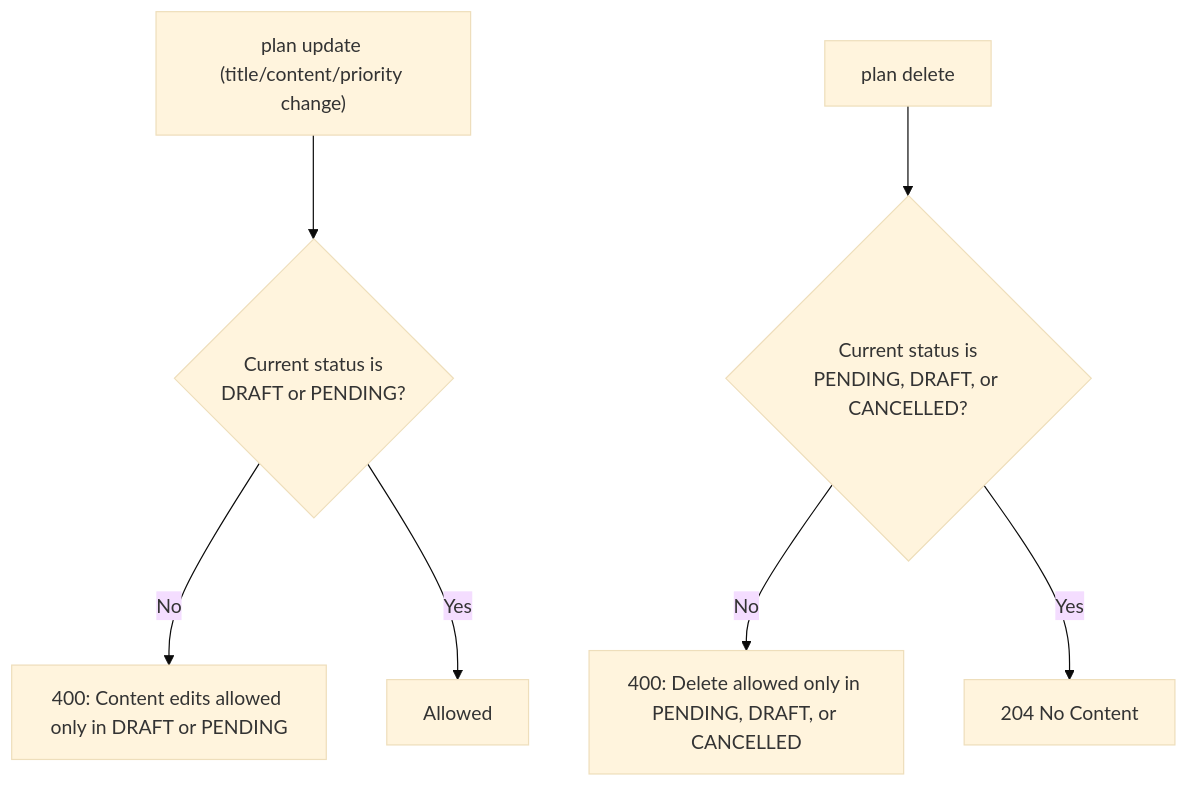
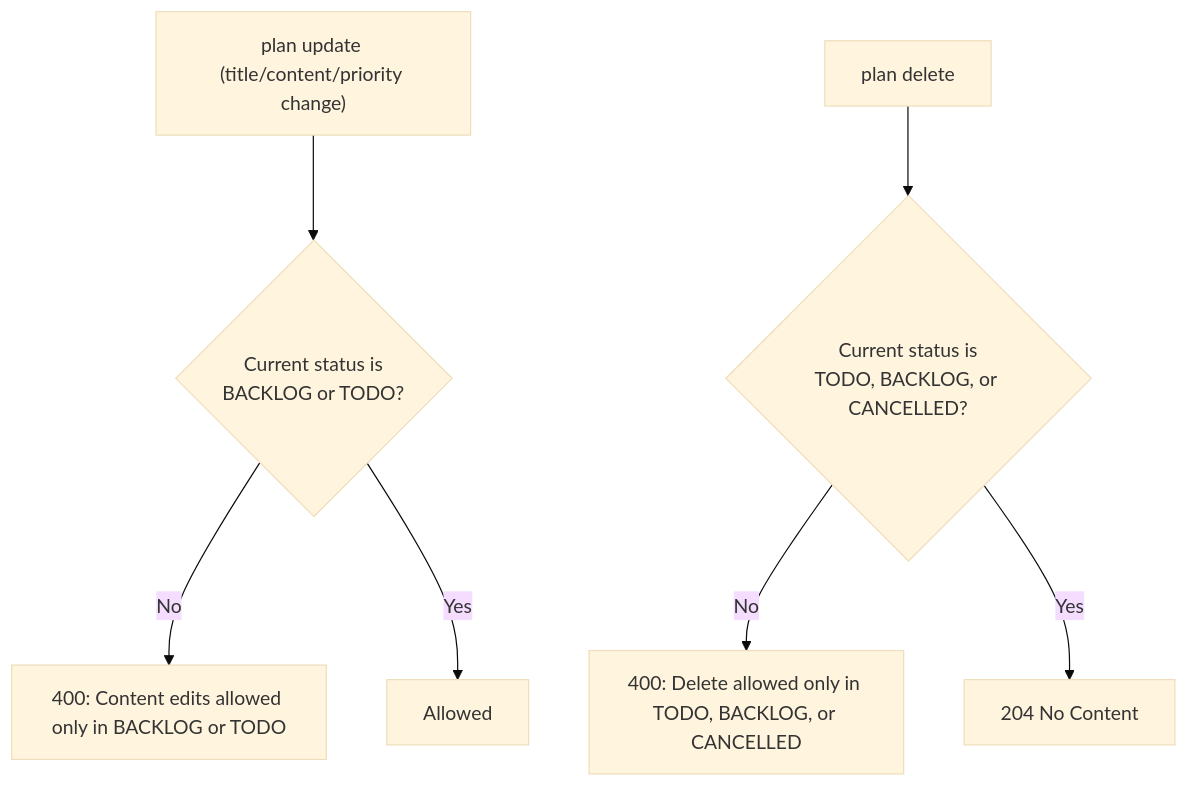
The fifth of 5 diagrams in API-CLI-WORKFLOW.md (AgentTeamsRun/cli), drawn with Mermaid (base theme) before and after one commit. The commit also changed other lines of this file and 5 other files, not shown here.

First line of the commit message:
refactor: 플랜 상태 용어 변경 DRAFT→BACKLOG, PENDING→TODO (#479)

````diff
--- a/API-CLI-WORKFLOW.md
+++ b/API-CLI-WORKFLOW.md
@@ -326,10 +326,10 @@
 ```mermaid
 flowchart TD
-  A["plan update (title/content/priority change)"] --> B{Current status is<br/>DRAFT or PENDING?}
-  B -- "No" --> E["400: Content edits allowed only in DRAFT or PENDING"]
+  A["plan update (title/content/priority change)"] --> B{Current status is<br/>BACKLOG or TODO?}
+  B -- "No" --> E["400: Content edits allowed only in BACKLOG or TODO"]
   B -- "Yes" --> F["Allowed"]
 
-  C["plan delete"] --> D{Current status is<br/>PENDING, DRAFT, or CANCELLED?}
-  D -- "No" --> G["400: Delete allowed only in PENDING, DRAFT, or CANCELLED"]
+  C["plan delete"] --> D{Current status is<br/>TODO, BACKLOG, or CANCELLED?}
+  D -- "No" --> G["400: Delete allowed only in TODO, BACKLOG, or CANCELLED"]
   D -- "Yes" --> H["204 No Content"]
 ```
````
